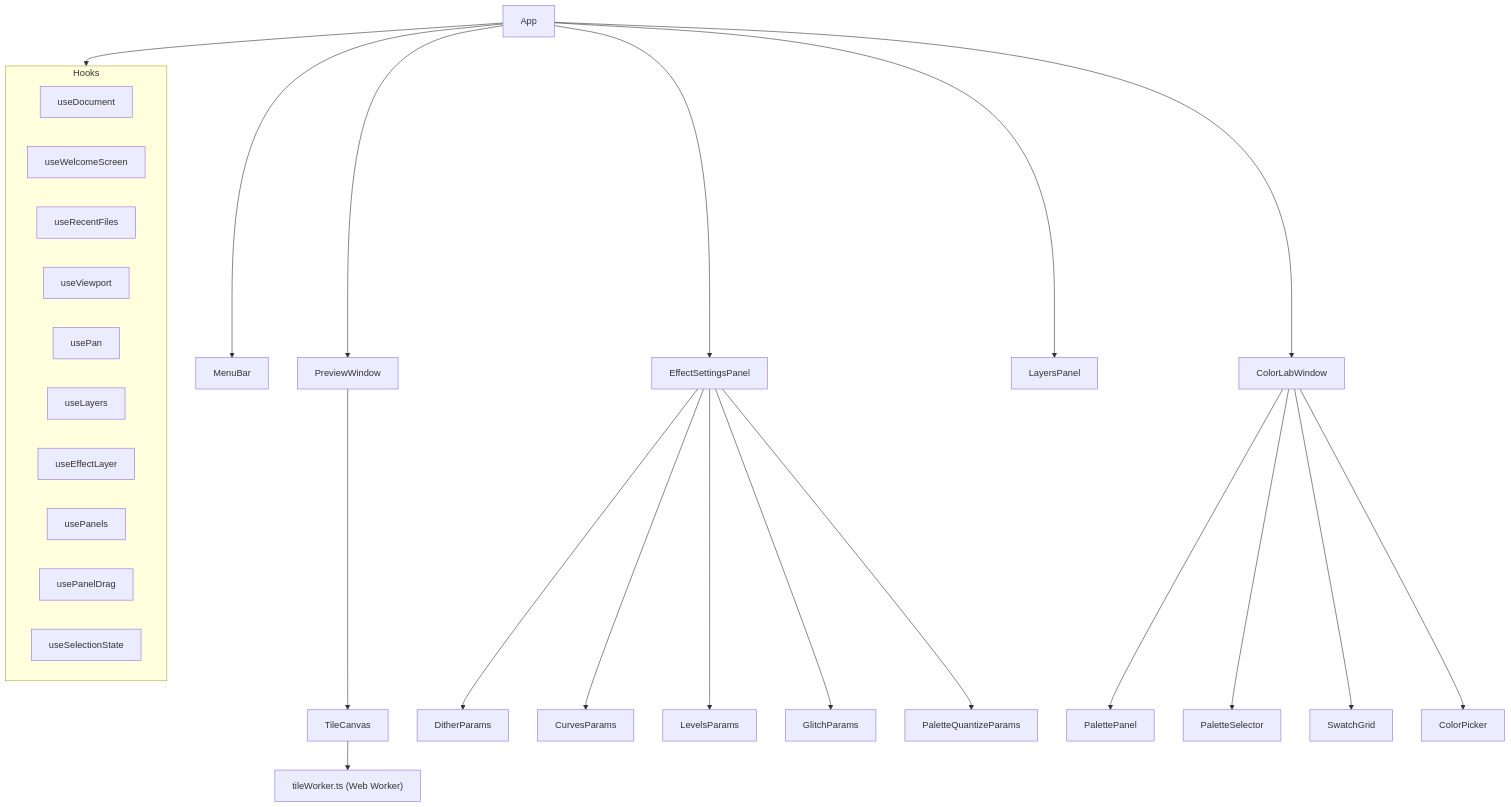
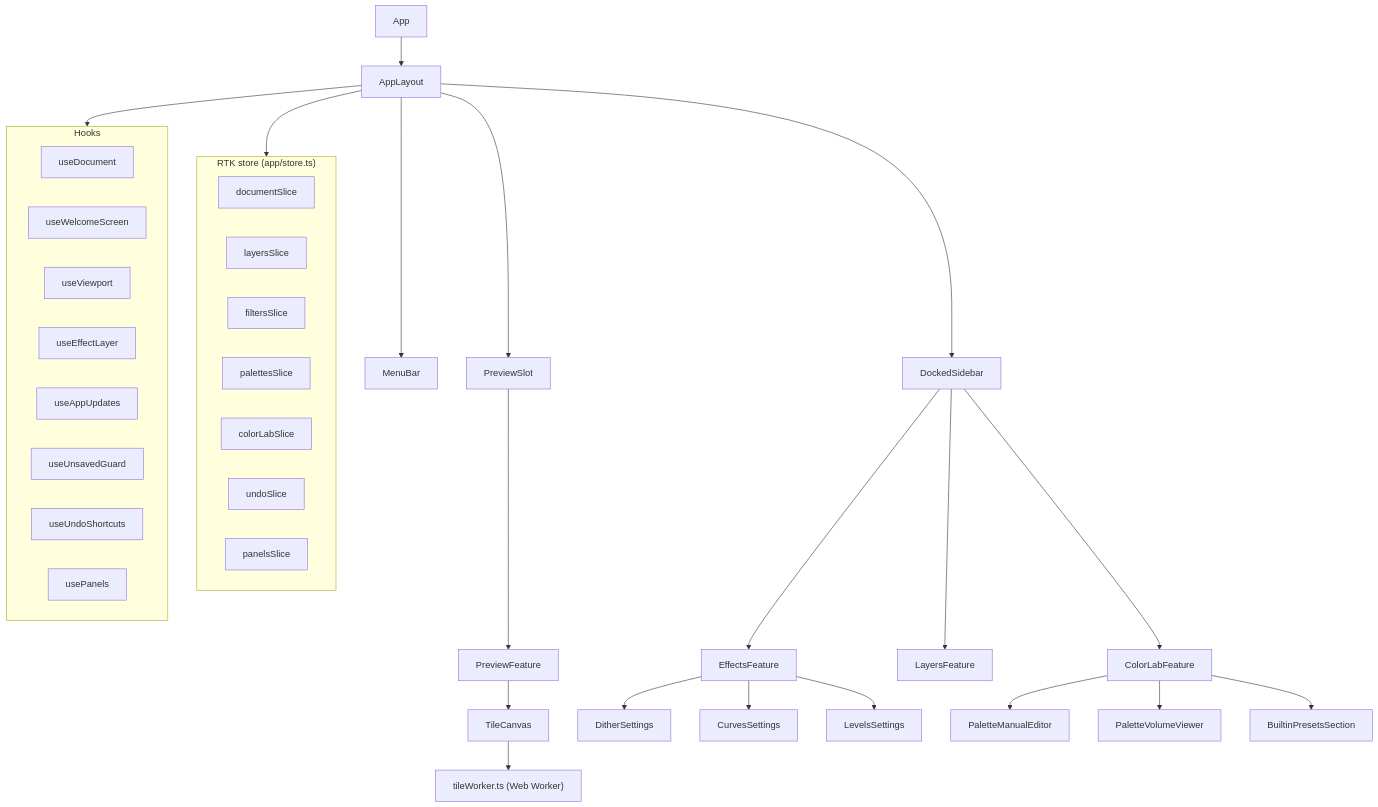
Before and after one commit to edrdavid1/dith-yuki: the fifth of 10 diagrams in ARCHITECTURE.md, drawn with Mermaid. The commit also changed other lines of this file and 152 other files, not shown here.

First line of the commit message:
feat: pre-release snapshot — palette Guided/Strict, preview latency, Import Layer

````diff
--- a/ARCHITECTURE.md
+++ b/ARCHITECTURE.md
@@ -1086,37 +1062,47 @@
 ```mermaid
 graph TD
-    App --> MenuBar
-    App --> PreviewWindow
-    App --> EffectSettingsPanel
-    App --> LayersPanel
-    App --> ColorLabWindow
+    App --> AppLayout
+    AppLayout --> MenuBar
+    AppLayout --> PreviewSlot
+    AppLayout --> DockedSidebar
 
-    PreviewWindow --> TileCanvas
+    PreviewSlot --> PreviewFeature
+    PreviewFeature --> TileCanvas
     TileCanvas --> tileWorker["tileWorker.ts (Web Worker)"]
 
-    EffectSettingsPanel --> DitherParams
-    EffectSettingsPanel --> CurvesParams
-    EffectSettingsPanel --> LevelsParams
-    EffectSettingsPanel --> GlitchParams
-    EffectSettingsPanel --> PaletteQuantizeParams
+    DockedSidebar --> EffectsFeature
+    DockedSidebar --> LayersFeature
+    DockedSidebar --> ColorLabFeature
 
-    ColorLabWindow --> PalettePanel
-    ColorLabWindow --> PaletteSelector
-    ColorLabWindow --> SwatchGrid
-    ColorLabWindow --> ColorPicker
+    EffectsFeature --> DitherSettings
+    EffectsFeature --> CurvesSettings
+    EffectsFeature --> LevelsSettings
+
+    ColorLabFeature --> PaletteManualEditor
+    ColorLabFeature --> PaletteVolumeViewer
+    ColorLabFeature --> BuiltinPresetsSection
+
+    subgraph Store["RTK store (app/store.ts)"]
+        documentSlice
+        layersSlice
+        filtersSlice
+        palettesSlice
+        colorLabSlice
+        undoSlice
+        panelsSlice
+    end
 
     subgraph Hooks
         useDocument
         useWelcomeScreen
-        useRecentFiles
         useViewport
-        usePan
-        useLayers
         useEffectLayer
+        useAppUpdates
+        useUnsavedGuard
+        useUndoShortcuts
         usePanels
-        usePanelDrag
-        useSelectionState
     end
 
-    App --> Hooks
+    AppLayout --> Hooks
+    AppLayout --> Store
 ```
````
